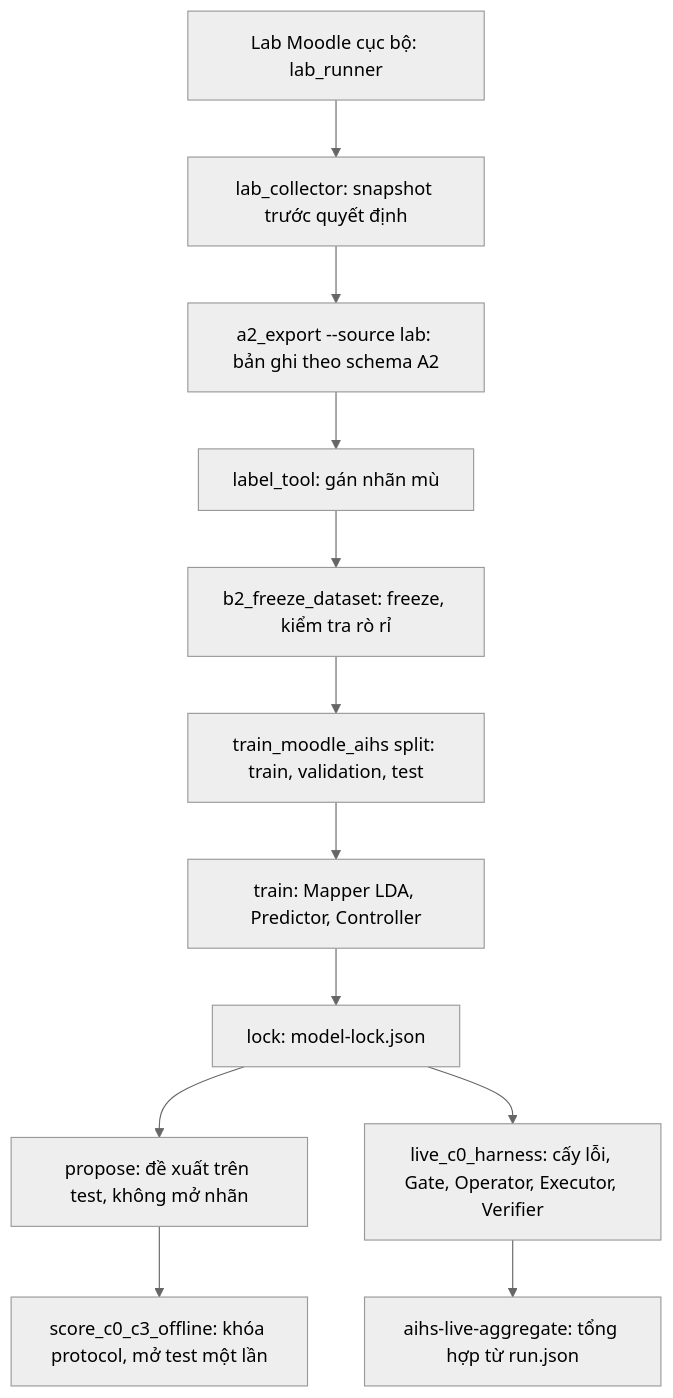
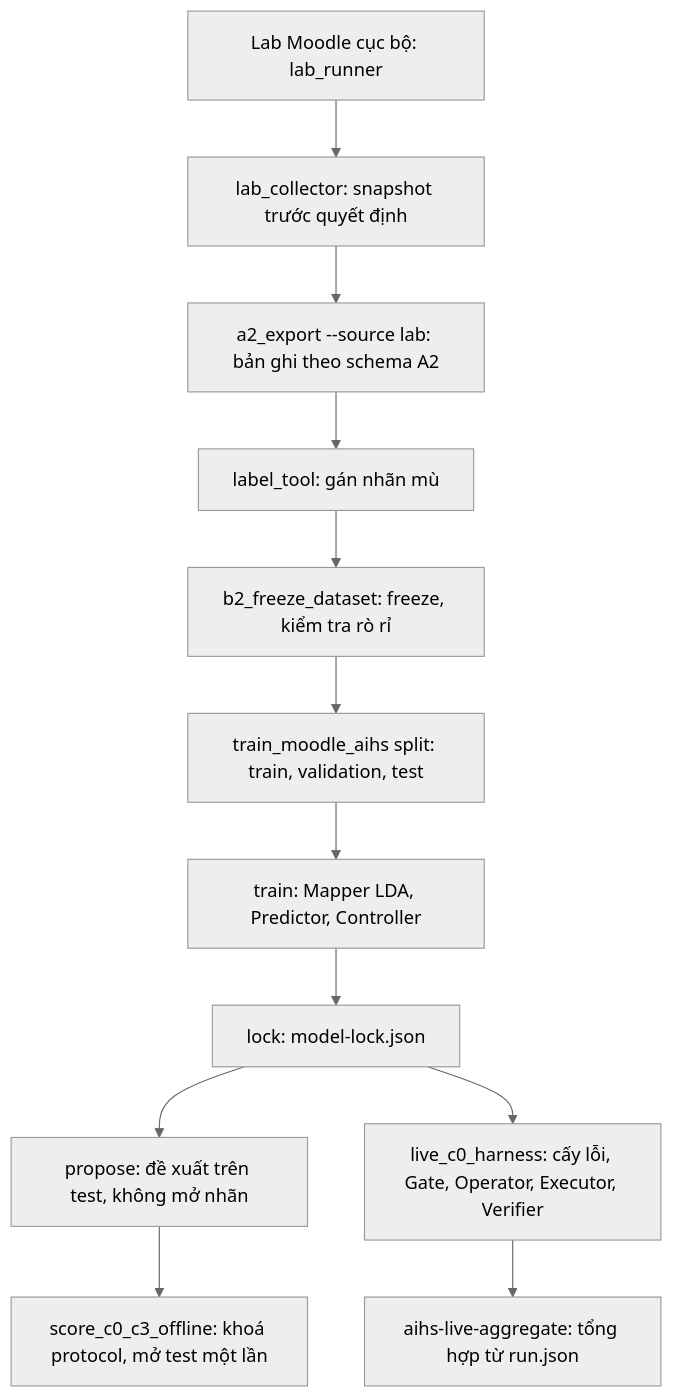
The third of 3 diagrams in thesis/chuong-4-hien-thuc.md (Benjaminnhnn/Building-a-safe-and-verifiable-AI-agent-framework-for-infrastructure-operations), drawn with Mermaid (neutral theme) before and after one commit. The commit also changed other lines of this file and 13 other files, not shown here.

````diff
--- a/thesis/chuong-4-hien-thuc.md
+++ b/thesis/chuong-4-hien-thuc.md
@@ -332,14 +332,14 @@
 ```mermaid
 flowchart TD
   L["Lab Moodle cục bộ: lab_runner"] --> C["lab_collector: snapshot trước quyết định"]
   C --> E["a2_export --source lab: bản ghi theo schema A2"]
   E --> LB["label_tool: gán nhãn mù"]
   LB --> F["b2_freeze_dataset: freeze, kiểm tra rò rỉ"]
   F --> S["train_moodle_aihs split: train, validation, test"]
   S --> T["train: Mapper LDA, Predictor, Controller"]
   T --> K["lock: model-lock.json"]
   K --> P["propose: đề xuất trên test, không mở nhãn"]
-  P --> O["score_c0_c3_offline: khóa protocol, mở test một lần"]
+  P --> O["score_c0_c3_offline: khoá protocol, mở test một lần"]
   K --> H["live_c0_harness: cấy lỗi, Gate, Operator, Executor, Verifier"]
   H --> A["aihs-live-aggregate: tổng hợp từ run.json"]
 ```
````
